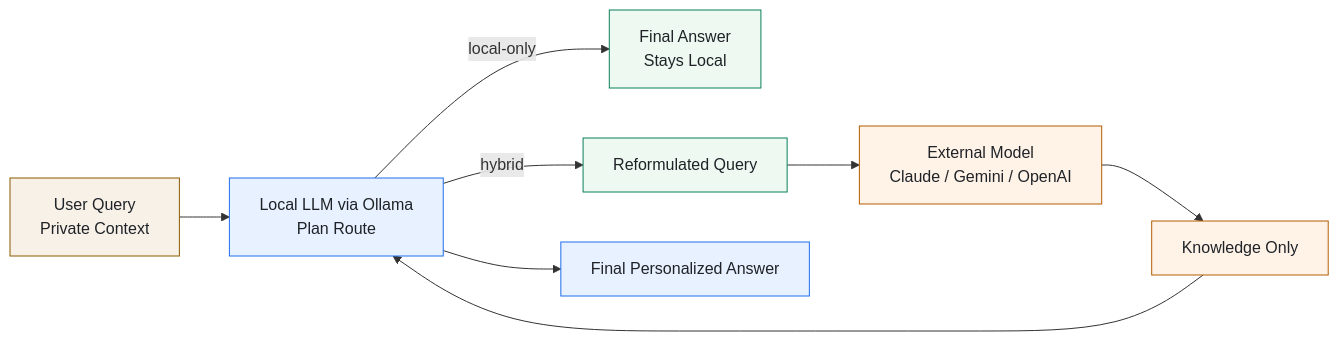
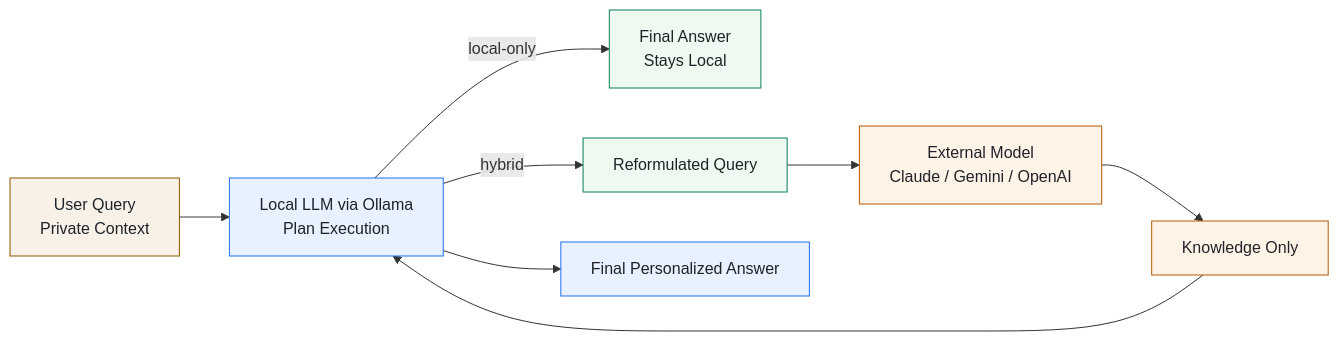
One commit to sulgik/zipsa changed the diagram in README.md. Above: the diagram before and after it, drawn with Mermaid. The commit also changed other lines of this file, not shown here.

Commit message:
Clarify dual-context conversation model in README

````diff
--- a/README.md
+++ b/README.md
@@ -38,18 +38,18 @@
 ```mermaid
 flowchart LR
-    U[User Query<br/>Private Context] --> L[Local LLM via Ollama<br/>Plan Route]
+    U[User Query<br/>Private Context] --> L[Local LLM via Ollama<br/>Plan Execution]
     L -->|local-only| A[Final Answer<br/>Stays Local]
     L -->|hybrid| S[Reformulated Query]
     S --> E[External Model<br/>Claude / Gemini / OpenAI]
     E --> X[Knowledge Only]
     X --> L
     L --> F[Final Personalized Answer]
 
     style U fill:#f7f1e8,stroke:#8a5a00,color:#1f2328
     style L fill:#e8f1ff,stroke:#1f6feb,color:#1f2328
     style S fill:#eef9f1,stroke:#0a7f5a,color:#1f2328
     style E fill:#fff3e8,stroke:#b35c00,color:#1f2328
     style A fill:#eef9f1,stroke:#0a7f5a,color:#1f2328
     style X fill:#fff3e8,stroke:#b35c00,color:#1f2328
     style F fill:#e8f1ff,stroke:#1f6feb,color:#1f2328
 ```
````
